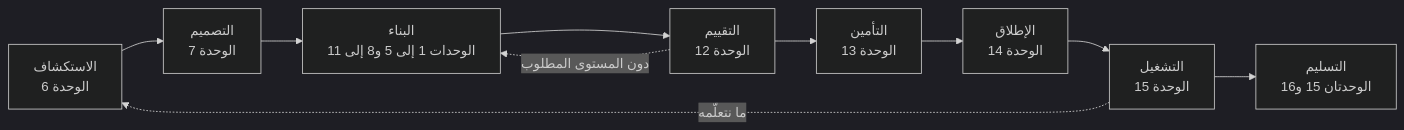
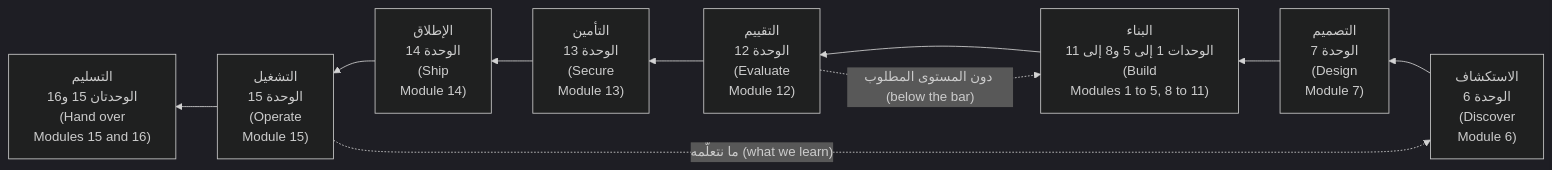
Before and after one commit to Tamoura/system-design-for-vibe-coders: the first of 3 diagrams in aiapps/modules/00-orientation.ar.md, drawn with Mermaid (dark theme). The commit also changed other lines of this file and 17 other files, not shown here.

First line of the commit message:
AI applications & agents: Arabic edition complete (RTL diagrams, diagram glosses, translated 60-question exam)

````diff
--- a/aiapps/modules/00-orientation.ar.md
+++ b/aiapps/modules/00-orientation.ar.md
@@ -31,12 +31,12 @@
 ```mermaid
-flowchart LR
-    A["الاستكشاف<br/>الوحدة 6"] --> B["التصميم<br/>الوحدة 7"]
-    B --> C["البناء<br/>الوحدات 1 إلى 5 و8 إلى 11"]
-    C --> D["التقييم<br/>الوحدة 12"]
-    D --> E["التأمين<br/>الوحدة 13"]
-    E --> F["الإطلاق<br/>الوحدة 14"]
-    F --> G["التشغيل<br/>الوحدة 15"]
-    G --> H["التسليم<br/>الوحدتان 15 و16"]
-    D -.->|"دون المستوى المطلوب"| C
-    G -.->|"ما نتعلّمه"| A
+flowchart RL
+    A["الاستكشاف<br/>الوحدة 6<br/>(Discover<br/>Module 6)"] --> B["التصميم<br/>الوحدة 7<br/>(Design<br/>Module 7)"]
+    B --> C["البناء<br/>الوحدات 1 إلى 5 و8 إلى 11<br/>(Build<br/>Modules 1 to 5, 8 to 11)"]
+    C --> D["التقييم<br/>الوحدة 12<br/>(Evaluate<br/>Module 12)"]
+    D --> E["التأمين<br/>الوحدة 13<br/>(Secure<br/>Module 13)"]
+    E --> F["الإطلاق<br/>الوحدة 14<br/>(Ship<br/>Module 14)"]
+    F --> G["التشغيل<br/>الوحدة 15<br/>(Operate<br/>Module 15)"]
+    G --> H["التسليم<br/>الوحدتان 15 و16<br/>(Hand over<br/>Modules 15 and 16)"]
+    D -.->|"دون المستوى المطلوب (below the bar)"| C
+    G -.->|"ما نتعلّمه (what we learn)"| A
 ```
````
